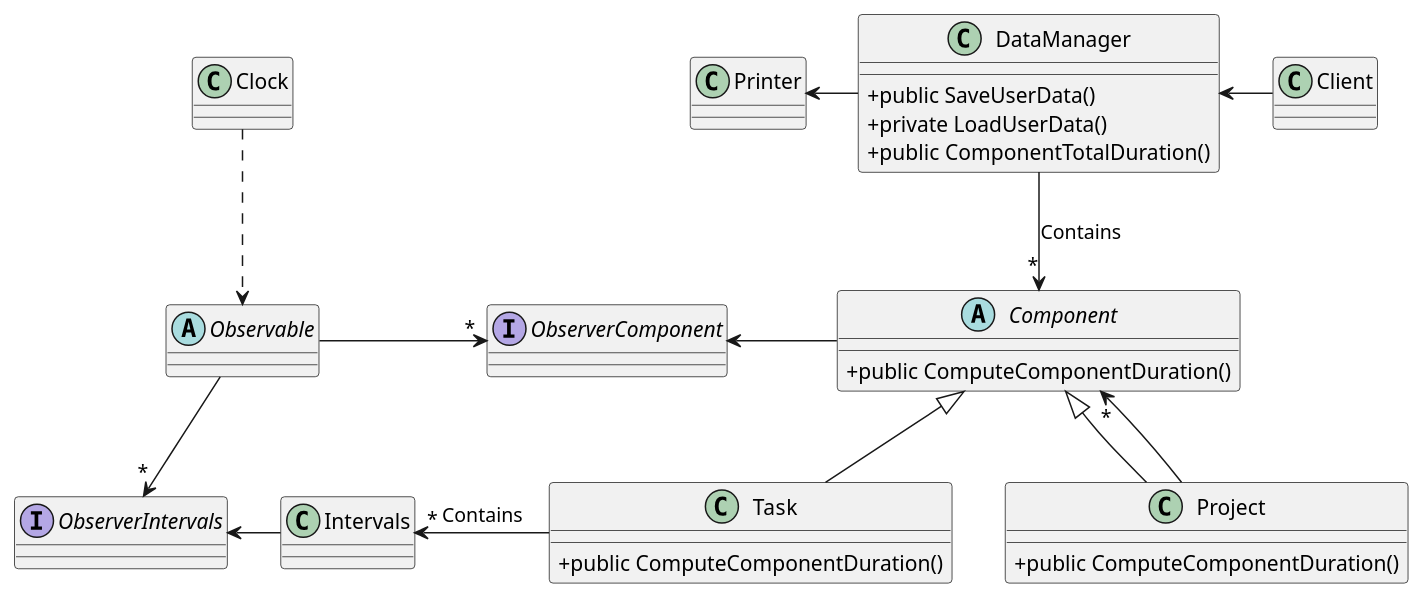
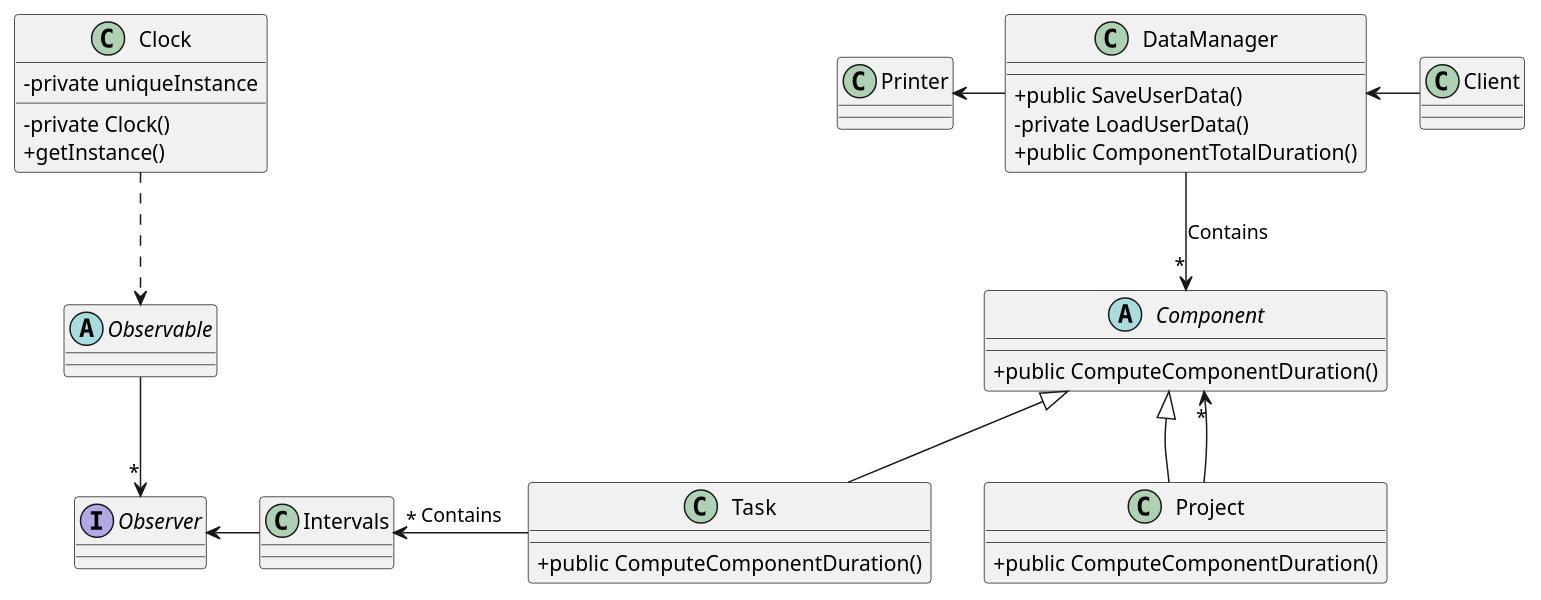
The diagram in DSTimeTracker.puml (quimcamprubi/DS_Time_Tracker), drawn with PlantUML before and after one commit. The commit also changed 7 other files, not shown here.

```diff
--- a/DSTimeTracker.puml
+++ b/DSTimeTracker.puml
@@ -1,58 +1,56 @@
 @startuml 
 
 skinparam classAttributeIconSize 0
 skinparam linetype polyline
 
 abstract class Component {
-+public ComputeComponentDuration()
++ public ComputeComponentDuration()
 }
 
 class Project extends Component {
-+public ComputeComponentDuration()
++ public ComputeComponentDuration()
 }
 
 
 class Task extends Component {
-+public ComputeComponentDuration()
++ public ComputeComponentDuration()
 }
 
 class Intervals {
 }
 
-Interface ObserverIntervals{
+Interface Observer{
 }
 
 abstract class Observable {
 }
 
 class Clock {
+- private uniqueInstance
+- private Clock()
++ getInstance()
 }
 
 class Client{
 }
 
 class DataManager{  
-+public SaveUserData()  
-+private LoadUserData()
-+public ComponentTotalDuration()
-}
-
-Interface ObserverComponent{
++ public SaveUserData()
+- private LoadUserData()
++ public ComponentTotalDuration()
 }
 
 Class Printer{
 }
 
 DataManager -down-> "*" Component: Contains
 Project --> "*" Component
 Client -left-> DataManager
 Task -left-> "*" Intervals:Contains
 Clock .down.> Observable
-Observable -Down-> "*" ObserverIntervals
-Intervals -left-> ObserverIntervals
-Component -left-> ObserverComponent
-Observable -right-> "*" ObserverComponent
+Observable -Down-> "*" Observer
+Intervals -left-> Observer
 DataManager -left-> Printer
 Task -[hidden]right-> Project
 
 @enduml
```
